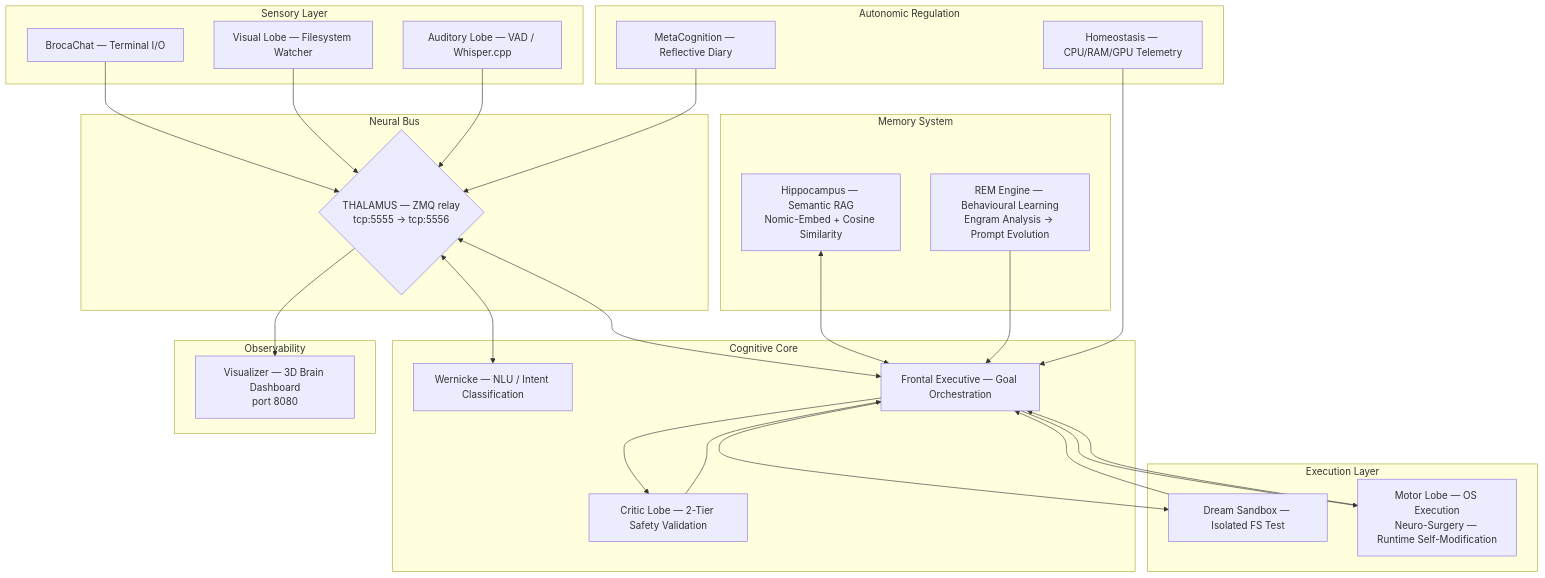
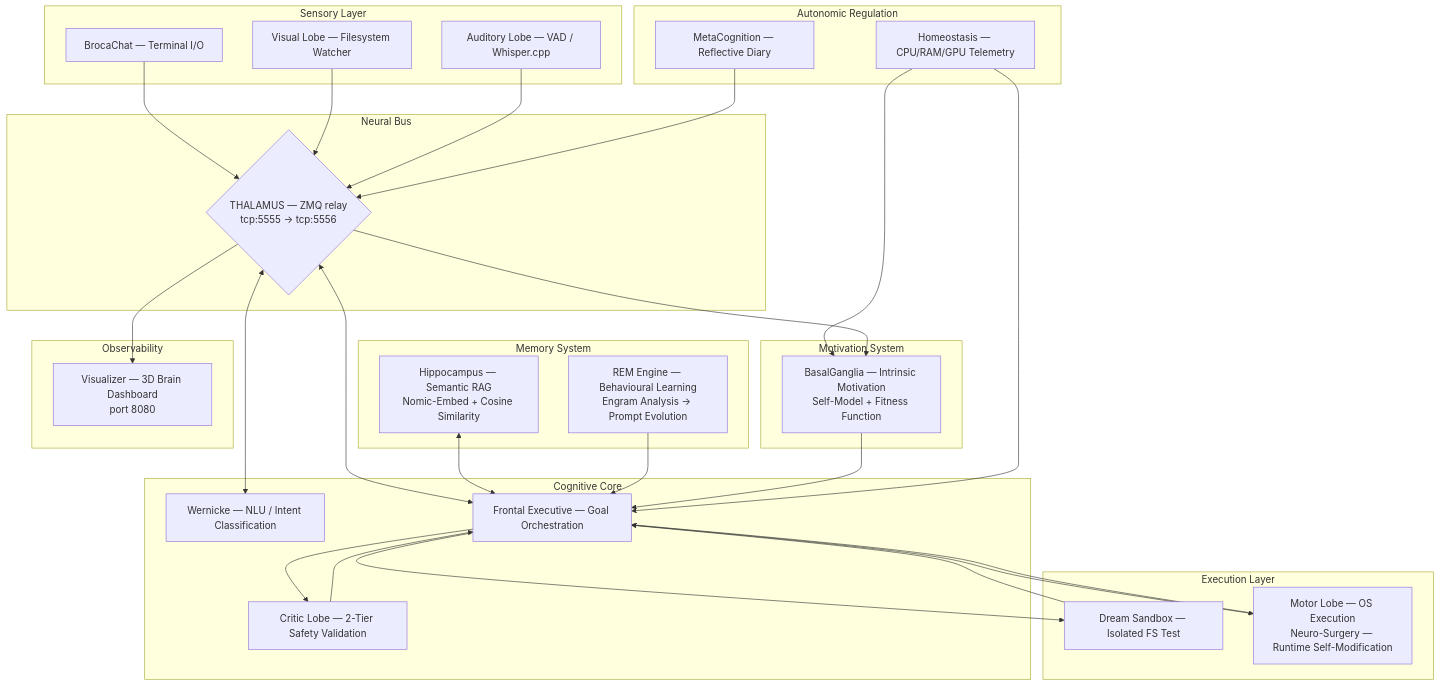
The diagram in README.md (jpmlima/NeuroSwarm), drawn with Mermaid before and after one commit. The commit also changed other lines of this file and 10 other files, not shown here.

First line of the commit message:
feat: add BasalGanglia — intrinsic motivation via self-model and fitness function

````diff
--- a/README.md
+++ b/README.md
@@ -40,51 +40,58 @@
 ```mermaid
 graph TD
     subgraph "Sensory Layer"
         UI[BrocaChat — Terminal I/O]
         VL[Visual Lobe — Filesystem Watcher]
         AL[Auditory Lobe — VAD / Whisper.cpp]
     end
 
     subgraph "Neural Bus"
         TH{THALAMUS — ZMQ relay\ntcp:5555 → tcp:5556}
     end
 
     subgraph "Cognitive Core"
         WN[Wernicke — NLU / Intent Classification]
         FE[Frontal Executive — Goal Orchestration]
         CL[Critic Lobe — 2-Tier Safety Validation]
     end
 
     subgraph "Memory System"
         HP[Hippocampus — Semantic RAG\nNomic-Embed + Cosine Similarity]
         REM[REM Engine — Behavioural Learning\nEngram Analysis → Prompt Evolution]
     end
 
     subgraph "Execution Layer"
         DS[Dream Sandbox — Isolated FS Test]
         MT[Motor Lobe — OS Execution\nNeuro-Surgery — Runtime Self-Modification]
     end
 
+    subgraph "Motivation System"
+        BG[BasalGanglia — Intrinsic Motivation\nSelf-Model + Fitness Function]
+    end
+
     subgraph "Autonomic Regulation"
         HM[Homeostasis — CPU/RAM/GPU Telemetry]
         MC[MetaCognition — Reflective Diary]
     end
 
     subgraph "Observability"
         VZ[Visualizer — 3D Brain Dashboard\nport 8080]
     end
 
     UI --> TH
     VL --> TH
     AL --> TH
     TH <--> WN
     TH <--> FE
     FE --> CL --> FE
     FE --> DS --> FE
     FE --> MT --> FE
     HP <--> FE
     REM --> FE
+    BG --> FE
+    HM --> BG
     HM --> FE
     MC --> TH
     TH --> VZ
+    TH --> BG
 ```
````
